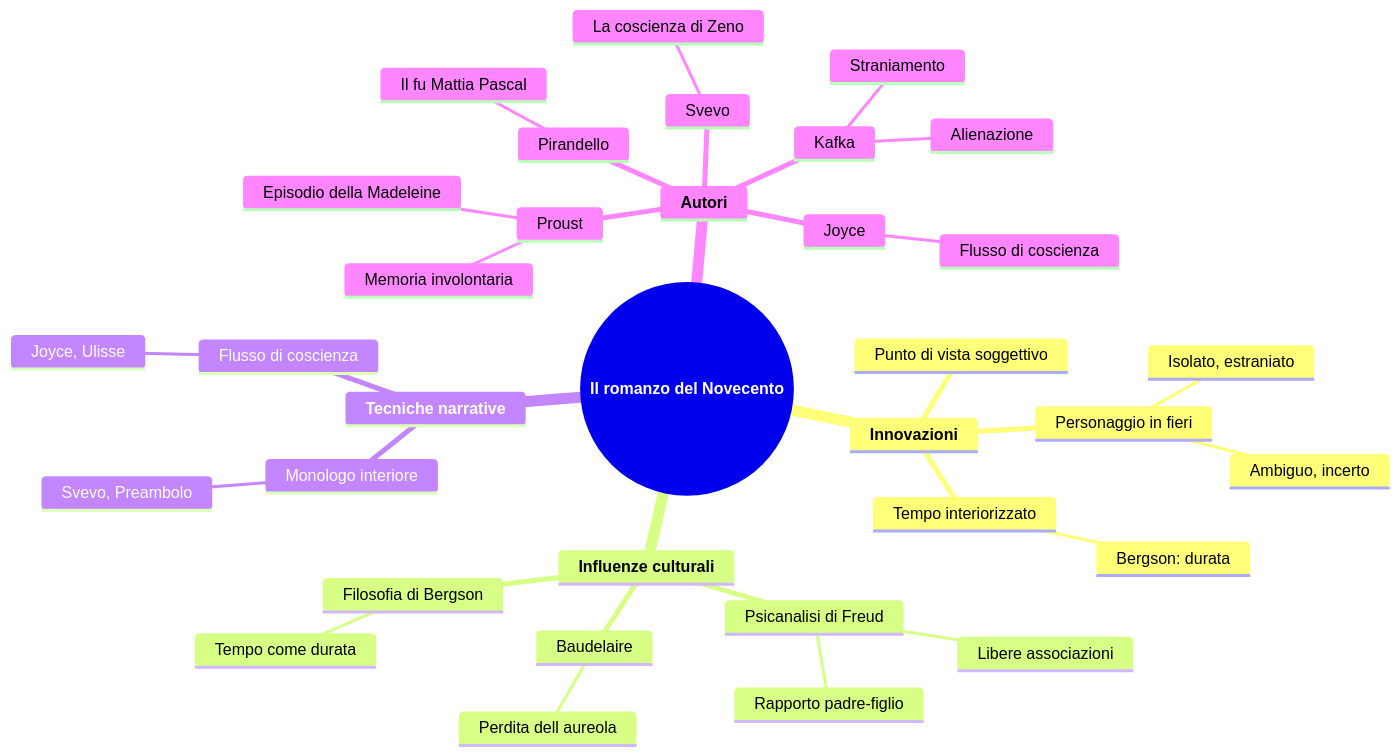
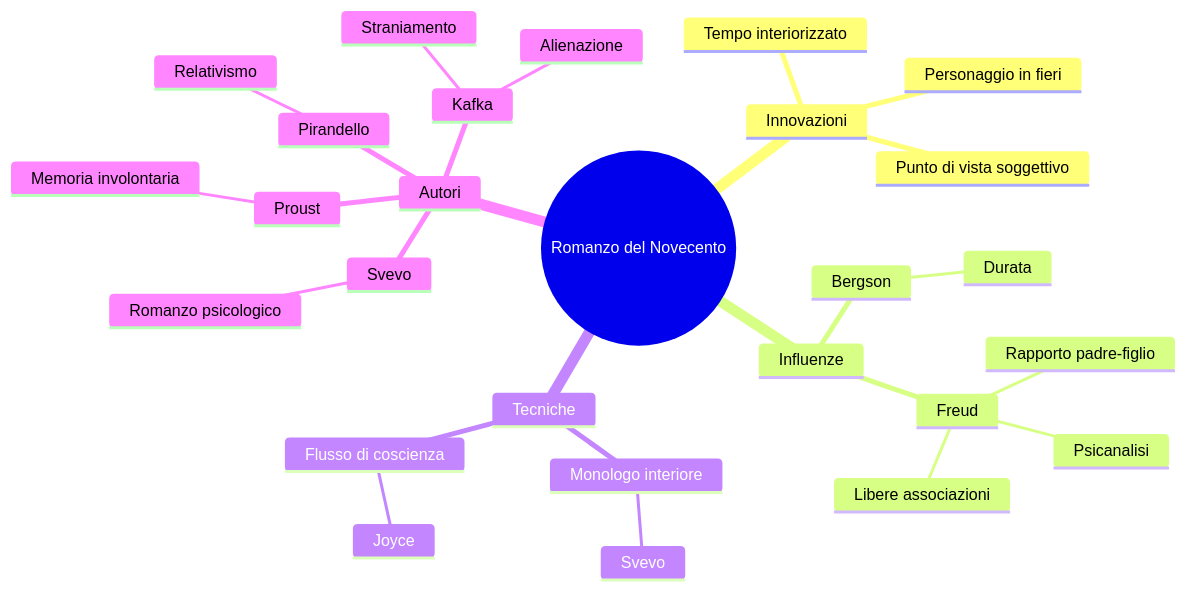
The sixth of 6 diagrams in italiano/romanzo-novecento/riassunto.md (riccardo-algorime/appunti-5Bsa), drawn with Mermaid before and after one commit. The commit also changed other lines of this file and 6 other files, not shown here.

````diff
--- a/italiano/romanzo-novecento/riassunto.md
+++ b/italiano/romanzo-novecento/riassunto.md
@@ -126,37 +217,30 @@
 ```mermaid
 mindmap
-  root((**Il romanzo del Novecento**))
-    **Innovazioni**
+  root((Romanzo del Novecento))
+    Innovazioni
       Punto di vista soggettivo
       Tempo interiorizzato
-        Bergson: durata
       Personaggio in fieri
-        Ambiguo, incerto
-        Isolato, estraniato
-    **Influenze culturali**
-      Psicanalisi di Freud
+    Influenze
+      Bergson
+        Durata
+      Freud
+        Psicanalisi
+        Libere associazioni
         Rapporto padre-figlio
-        Libere associazioni
-      Filosofia di Bergson
-        Tempo come durata
-      Baudelaire
-        Perdita dell aureola
-    **Tecniche narrative**
+    Tecniche
       Monologo interiore
-        Svevo, Preambolo
+        Svevo
       Flusso di coscienza
-        Joyce, Ulisse
-    **Autori**
+        Joyce
+    Autori
       Proust
         Memoria involontaria
-        Episodio della Madeleine
       Kafka
         Straniamento
         Alienazione
-      Joyce
-        Flusso di coscienza
+      Pirandello
+        Relativismo
       Svevo
-        La coscienza di Zeno
-      Pirandello
-        Il fu Mattia Pascal
+        Romanzo psicologico
 ```
````
